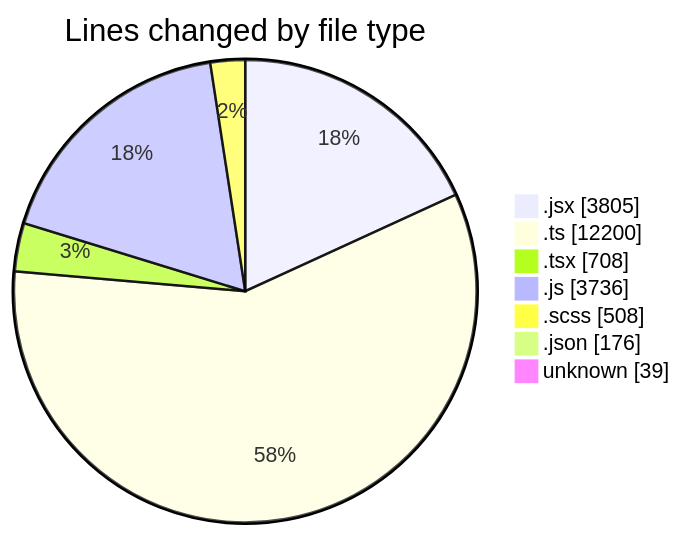
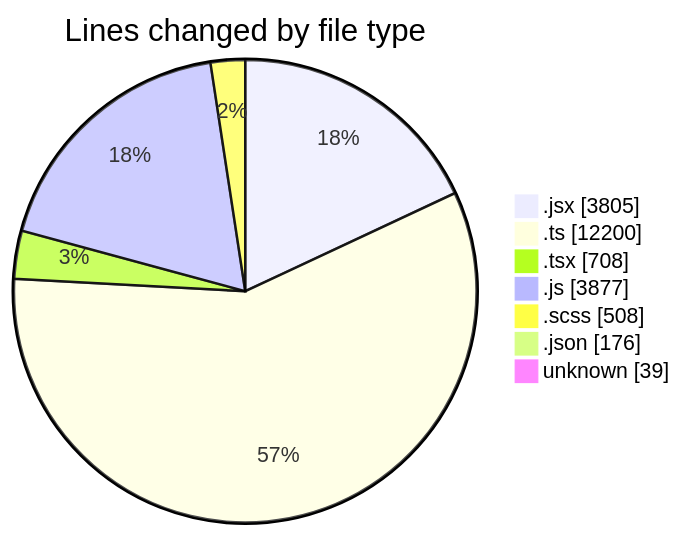
Before and after one commit to momahboobian/code-tracking: the first of 2 diagrams in 2025-06-05/cda/README.md, drawn with Mermaid. The commit also changed other lines of this file and 1 other file, not shown here.

````diff
--- a/2025-06-05/cda/README.md
+++ b/2025-06-05/cda/README.md
@@ -60,11 +60,11 @@
 ```mermaid
 pie showData
 title Lines changed by file type
 ".jsx" : 3805
 ".ts" : 12200
 ".tsx" : 708
-".js" : 3736
+".js" : 3877
 ".scss" : 508
 ".json" : 176
 "unknown" : 39
 ```
````
